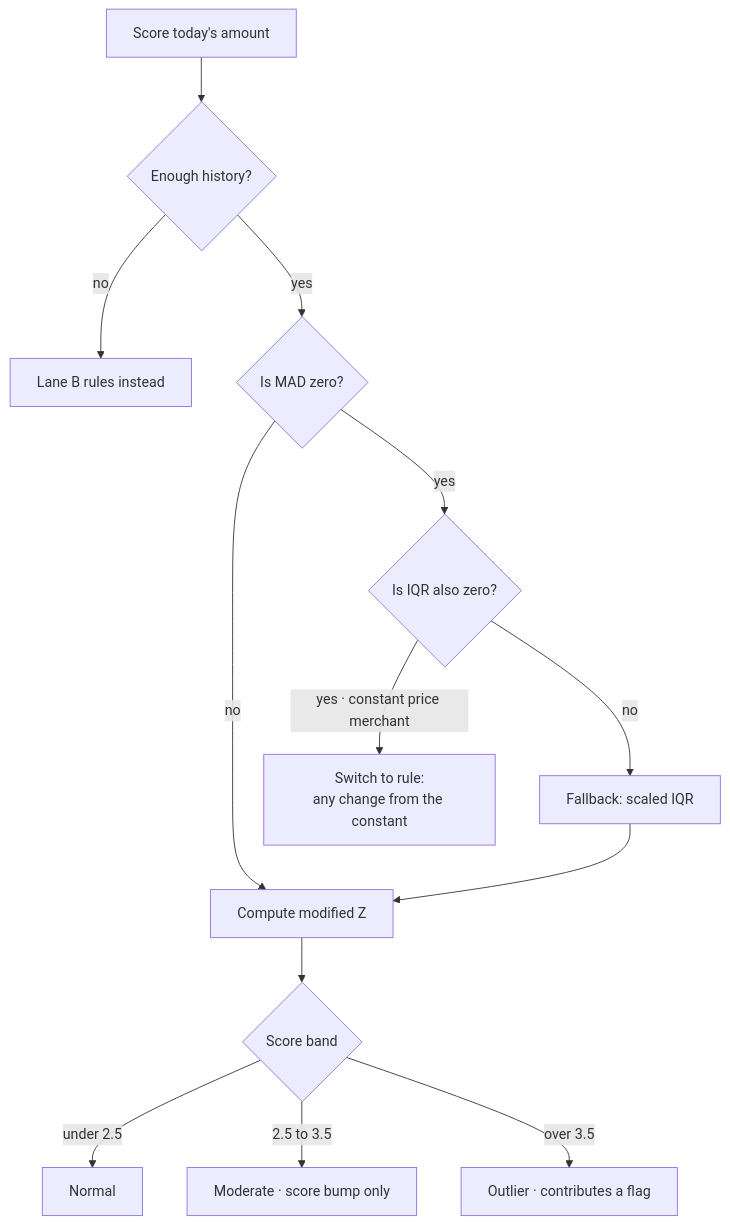
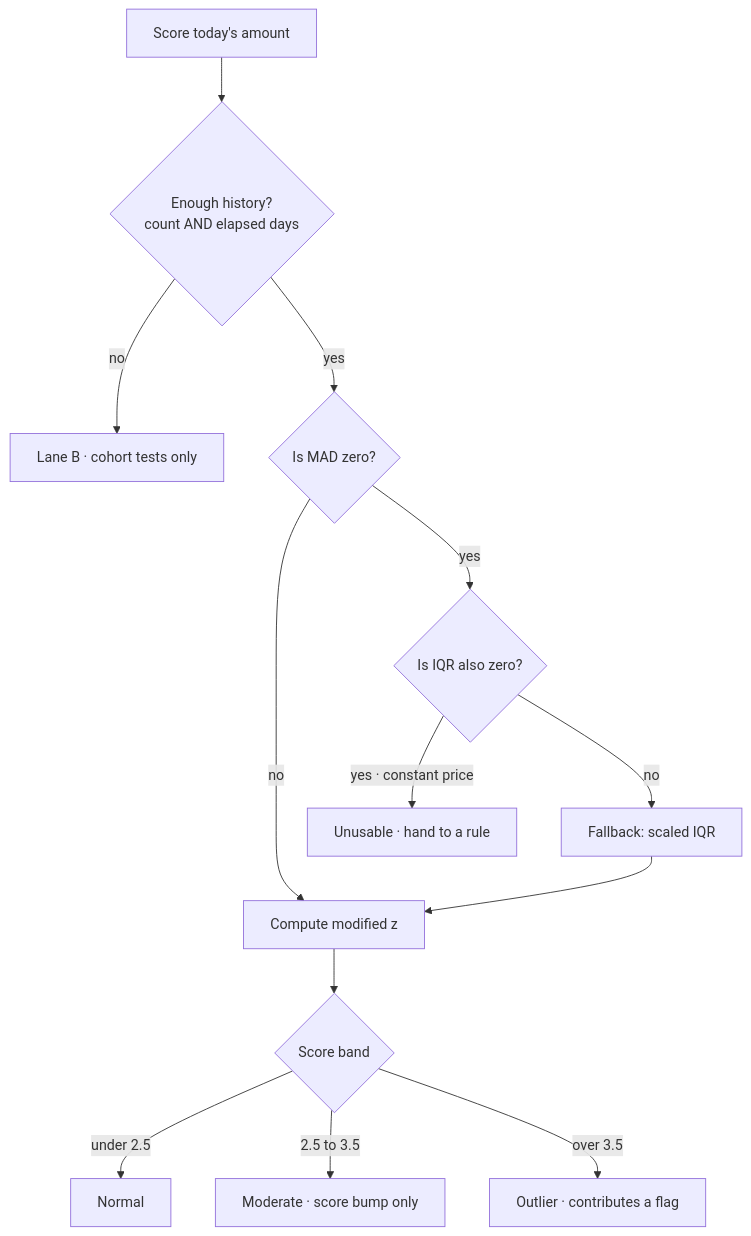
The fourth of 11 diagrams in docs/Detection_Flow_Diagrams.md (yr08ii/compliance-pipeline), drawn with Mermaid before and after one commit. The commit also changed other lines of this file, not shown here.

````diff
--- a/docs/Detection_Flow_Diagrams.md
+++ b/docs/Detection_Flow_Diagrams.md
@@ -114,17 +124,17 @@
 ```mermaid
 flowchart TD
-    S["Score today's amount"] --> N{"Enough history?"}
-    N -->|"no"| LB["Lane B rules instead"]
+    S["Score today's amount"] --> N{"Enough history?<br/>count AND elapsed days"}
+    N -->|"no"| LB["Lane B · cohort tests only"]
     N -->|"yes"| MZ{"Is MAD zero?"}
 
-    MZ -->|"no"| Z["Compute modified Z"]
+    MZ -->|"no"| Z["Compute modified z"]
     MZ -->|"yes"| IQ{"Is IQR also zero?"}
     IQ -->|"no"| SC["Fallback: scaled IQR"]
-    IQ -->|"yes · constant price merchant"| RU["Switch to rule:<br/>any change from the constant"]
+    IQ -->|"yes · constant price"| RU["Unusable · hand to a rule"]
     SC --> Z
 
     Z --> BAND{"Score band"}
     BAND -->|"under 2.5"| NORM["Normal"]
     BAND -->|"2.5 to 3.5"| BUMP["Moderate · score bump only"]
     BAND -->|"over 3.5"| FLAG["Outlier · contributes a flag"]
 ```
````
